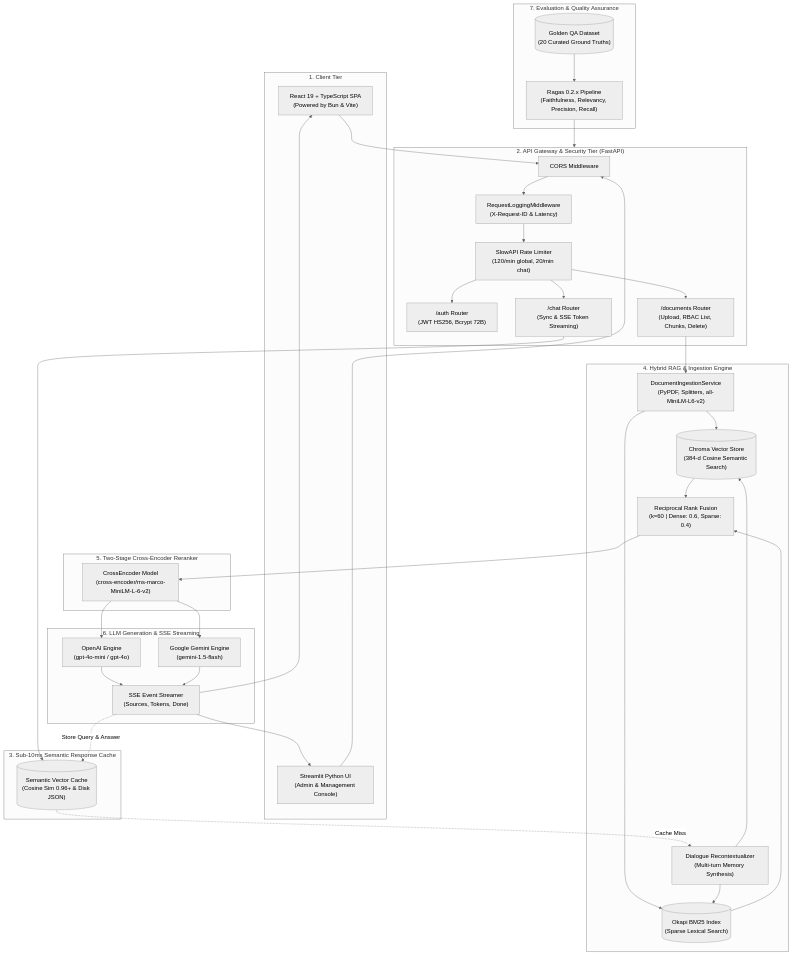
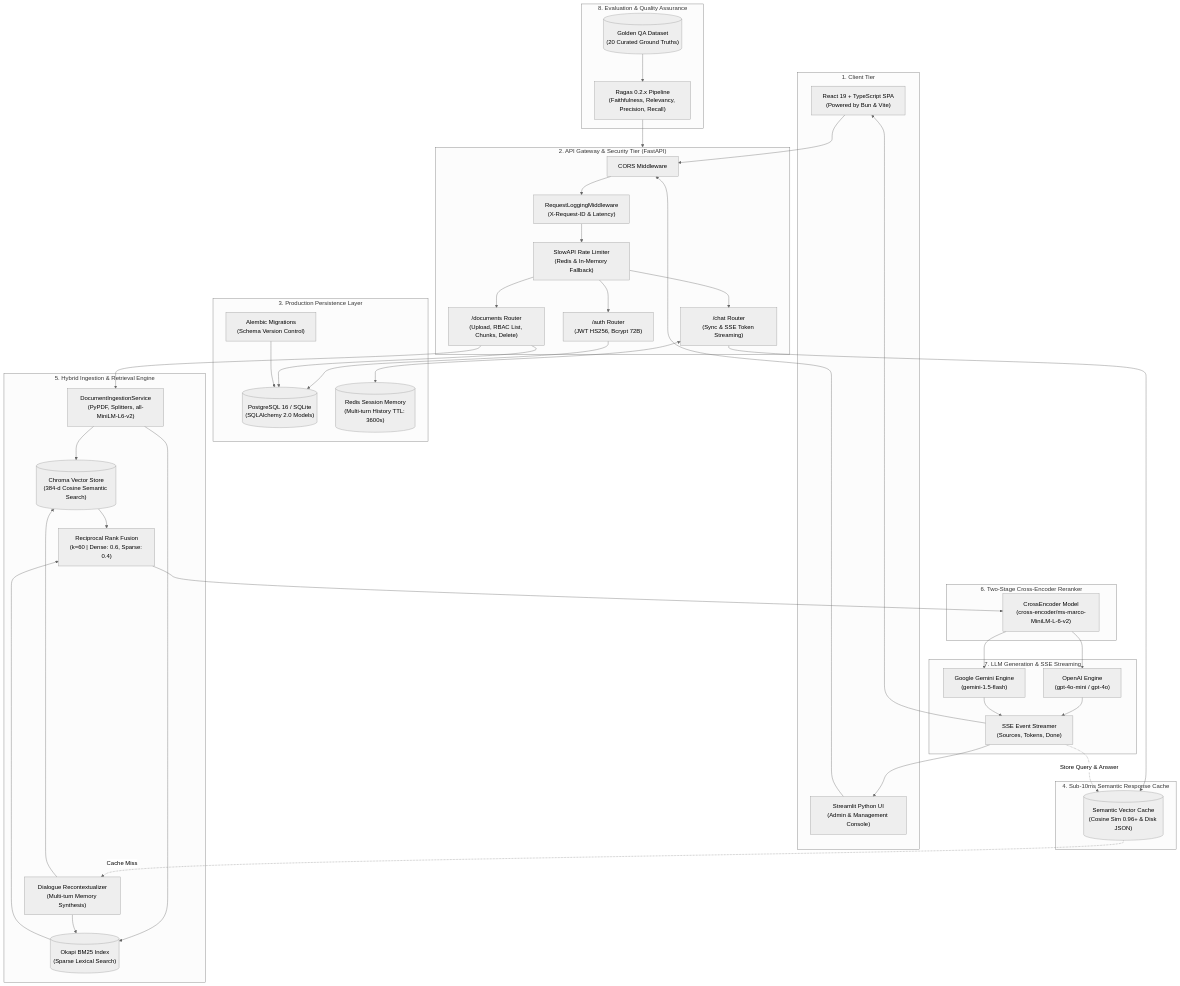
The diagram in docs/architecture_topology.mmd (faizan-7890/SecureRAG), drawn with Mermaid (neutral theme) before and after one commit. The commit also changed 1 other file, not shown here.

Commit message:
docs(diagrams): update architecture infographic and topology for persistence layer

```diff
--- a/docs/architecture_topology.mmd
+++ b/docs/architecture_topology.mmd
@@ -1,81 +1,93 @@
 flowchart TD
     %% ── 1. Client Tier ──
     subgraph ClientTier ["1. Client Tier"]
         ReactApp["React 19 + TypeScript SPA<br/>(Powered by Bun & Vite)"]
         StreamlitApp["Streamlit Python UI<br/>(Admin & Management Console)"]
     end
 
     %% ── 2. API Gateway Tier ──
     subgraph APITier ["2. API Gateway & Security Tier (FastAPI)"]
         CORS["CORS Middleware"]
         Logging["RequestLoggingMiddleware<br/>(X-Request-ID & Latency)"]
-        RateLimiter["SlowAPI Rate Limiter<br/>(120/min global, 20/min chat)"]
+        RateLimiter["SlowAPI Rate Limiter<br/>(Redis & In-Memory Fallback)"]
         AuthRouter["/auth Router<br/>(JWT HS256, Bcrypt 72B)"]
         DocRouter["/documents Router<br/>(Upload, RBAC List, Chunks, Delete)"]
         ChatRouter["/chat Router<br/>(Sync & SSE Token Streaming)"]
     end
 
-    %% ── 3. Semantic Cache Tier ──
-    subgraph CacheTier ["3. Sub-10ms Semantic Response Cache"]
+    %% ── 3. Persistence Tier ──
+    subgraph PersistenceTier ["3. Production Persistence Layer"]
+        PostgresDB[("PostgreSQL 16 / SQLite<br/>(SQLAlchemy 2.0 Models)")]
+        AlembicMgr["Alembic Migrations<br/>(Schema Version Control)"]
+        RedisStore[("Redis Session Memory<br/>(Multi-turn History TTL: 3600s)")]
+    end
+
+    %% ── 4. Semantic Cache Tier ──
+    subgraph CacheTier ["4. Sub-10ms Semantic Response Cache"]
         SemCache[("Semantic Vector Cache<br/>(Cosine Sim 0.96+ & Disk JSON)")]
     end
 
-    %% ── 4. Hybrid Ingestion & Retrieval Engine ──
-    subgraph RAGCore ["4. Hybrid RAG & Ingestion Engine"]
+    %% ── 5. Hybrid Ingestion & Retrieval Engine ──
+    subgraph RAGCore ["5. Hybrid Ingestion & Retrieval Engine"]
         Ingestion["DocumentIngestionService<br/>(PyPDF, Splitters, all-MiniLM-L6-v2)"]
         DenseStore[("Chroma Vector Store<br/>(384-d Cosine Semantic Search)")]
         SparseStore[("Okapi BM25 Index<br/>(Sparse Lexical Search)")]
         RRF["Reciprocal Rank Fusion<br/>(k=60 | Dense: 0.6, Sparse: 0.4)"]
         Recontext["Dialogue Recontextualizer<br/>(Multi-turn Memory Synthesis)"]
     end
 
-    %% ── 5. Two-Stage Reranker Tier ──
-    subgraph RerankTier ["5. Two-Stage Cross-Encoder Reranker"]
+    %% ── 6. Two-Stage Reranker Tier ──
+    subgraph RerankTier ["6. Two-Stage Cross-Encoder Reranker"]
         CrossEncoder["CrossEncoder Model<br/>(cross-encoder/ms-marco-MiniLM-L-6-v2)"]
     end
 
-    %% ── 6. LLM Generation Tier ──
-    subgraph LLMTier ["6. LLM Generation & SSE Streaming"]
+    %% ── 7. LLM Generation Tier ──
+    subgraph LLMTier ["7. LLM Generation & SSE Streaming"]
         OpenAIProvider["OpenAI Engine<br/>(gpt-4o-mini / gpt-4o)"]
         GeminiProvider["Google Gemini Engine<br/>(gemini-1.5-flash)"]
         SSEGen["SSE Event Streamer<br/>(Sources, Tokens, Done)"]
     end
 
-    %% ── 7. Evaluation Tier ──
-    subgraph EvalTier ["7. Evaluation & Quality Assurance"]
+    %% ── 8. Evaluation Tier ──
+    subgraph EvalTier ["8. Evaluation & Quality Assurance"]
         Ragas["Ragas 0.2.x Pipeline<br/>(Faithfulness, Relevancy, Precision, Recall)"]
         GoldenDS[("Golden QA Dataset<br/>(20 Curated Ground Truths)")]
     end
 
     %% ── Inter-layer Connections ──
     ReactApp --> CORS
     StreamlitApp --> CORS
     CORS --> Logging
     Logging --> RateLimiter
     RateLimiter --> AuthRouter
     RateLimiter --> DocRouter
     RateLimiter --> ChatRouter
 
+    AuthRouter --> PostgresDB
+    DocRouter --> PostgresDB
+    AlembicMgr --> PostgresDB
+
     DocRouter --> Ingestion
     Ingestion --> DenseStore
     Ingestion --> SparseStore
 
     ChatRouter --> SemCache
+    ChatRouter <--> RedisStore
     SemCache -.->|Cache Miss| Recontext
     Recontext --> DenseStore
     Recontext --> SparseStore
 
     DenseStore --> RRF
     SparseStore --> RRF
     RRF --> CrossEncoder
 
     CrossEncoder --> OpenAIProvider
     CrossEncoder --> GeminiProvider
     OpenAIProvider --> SSEGen
     GeminiProvider --> SSEGen
     SSEGen --> ReactApp
     SSEGen --> StreamlitApp
     SSEGen -.->|Store Query & Answer| SemCache
 
     GoldenDS --> Ragas
     Ragas --> APITier
```
